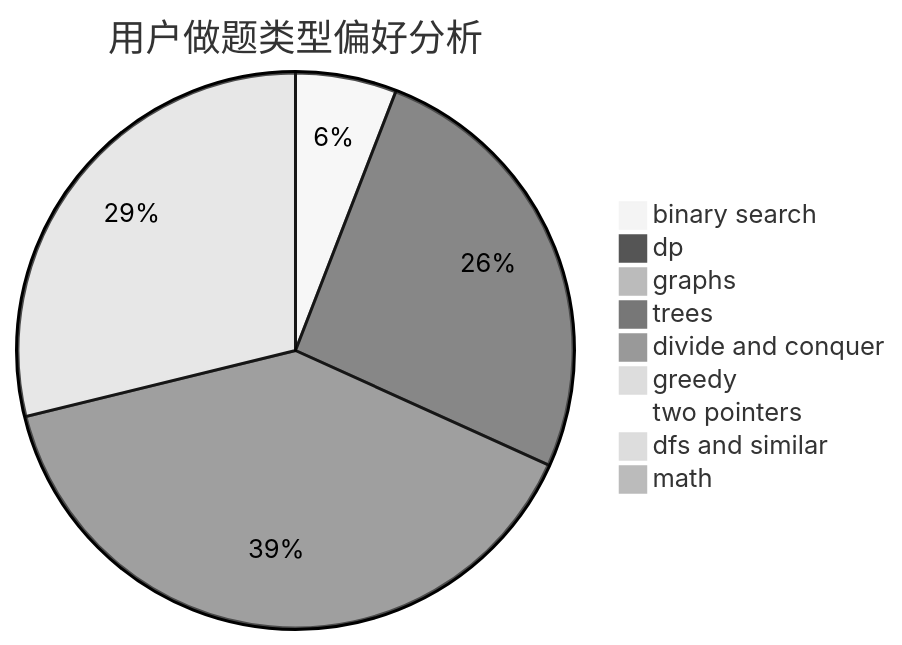
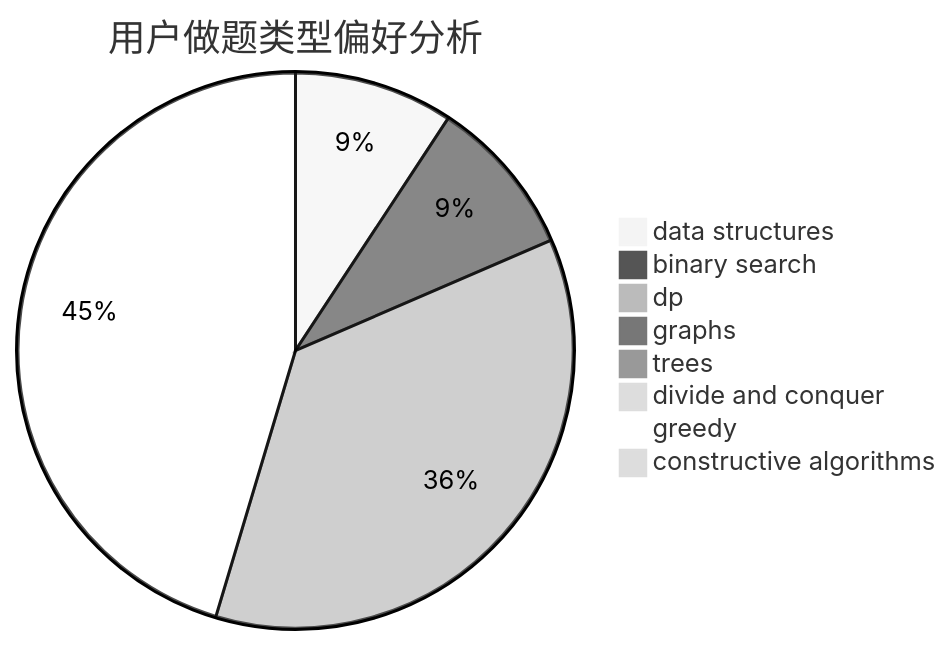
Before and after one commit to sherpahu/cfrs.github.io: the second of 3 diagrams in docs/user/u1193.md, drawn with Mermaid (neutral theme). The commit also changed other lines of this file and 2775 other files, not shown here.

````diff
--- a/docs/user/u1193.md
+++ b/docs/user/u1193.md
@@ -23,12 +23,11 @@
 ```mermaid
 pie title 用户做题类型偏好分析
+    "data structures" :  10
     "binary search" :  10
-    "dp" :  44
+    "dp" :  39
     "graphs" :  0
-    "trees" :  67
+    "trees" :  0
     "divide and conquer" :  0
     "greedy" :  49
-    "two pointers" :  0
-    "dfs and similar" :  0
-    "math" :  0
+    "constructive algorithms" :  0
 ```
````
